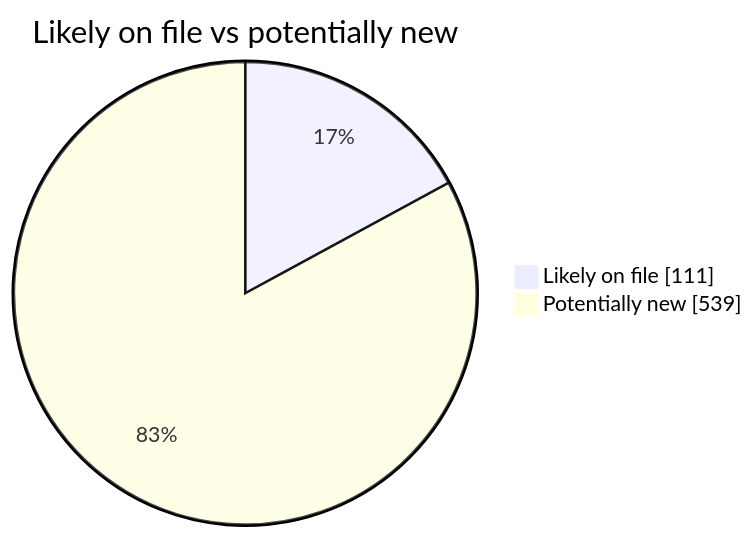
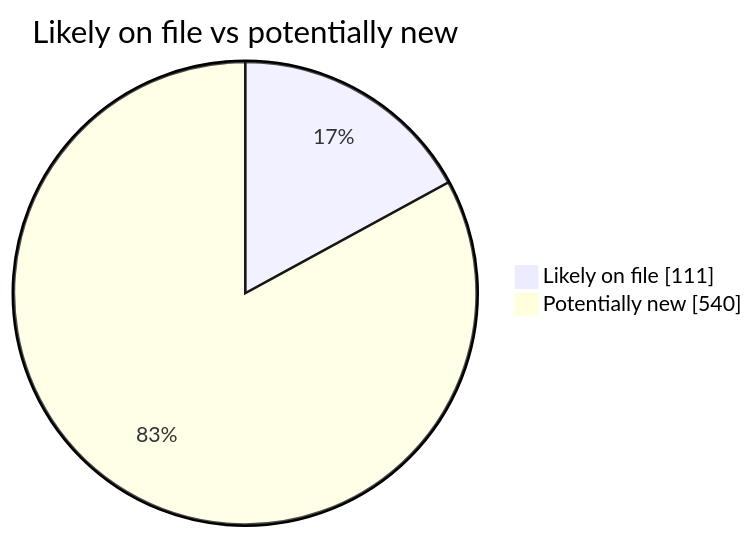
Before and after one commit to martinbalfanz/social-scanner-reports: the second of 4 diagrams in README.md, drawn with Mermaid. The commit also changed other lines of this file and 4 other files, not shown here.

````diff
--- a/README.md
+++ b/README.md
@@ -40,5 +40,5 @@
 ```mermaid
 pie showData title Likely on file vs potentially new
     "Likely on file" : 111
-    "Potentially new" : 539
+    "Potentially new" : 540
 ```
````
